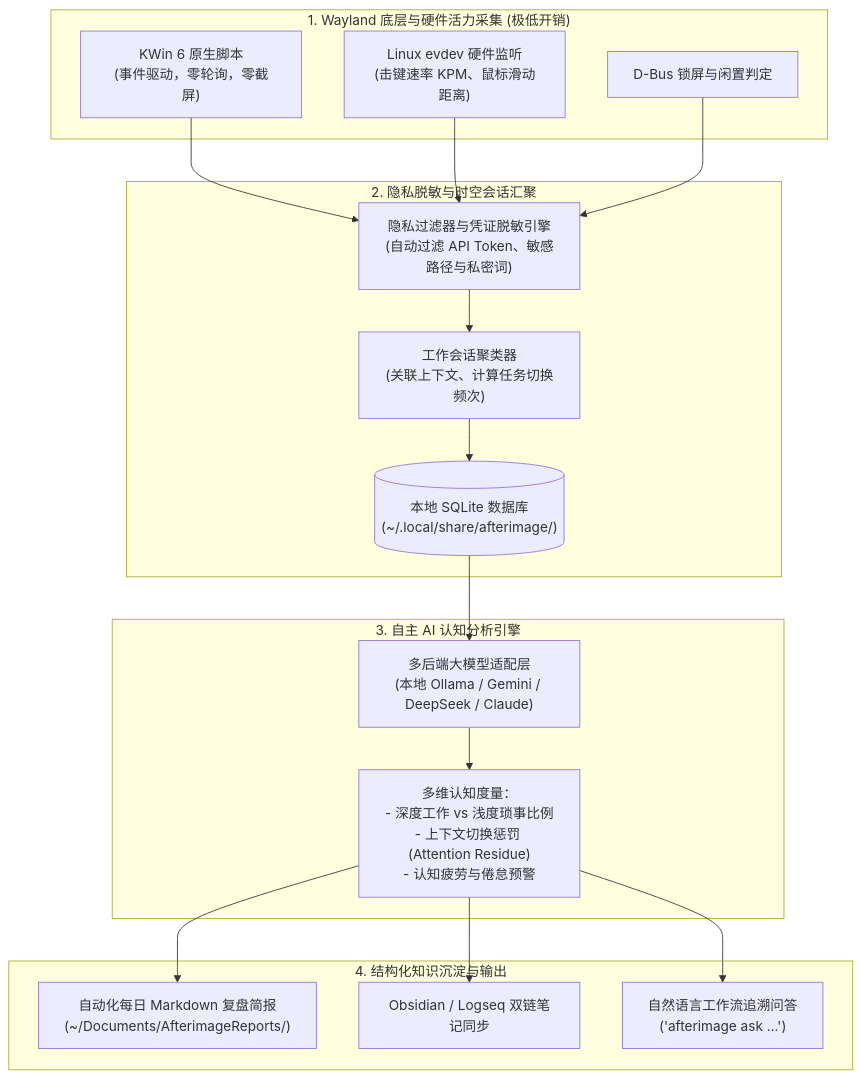
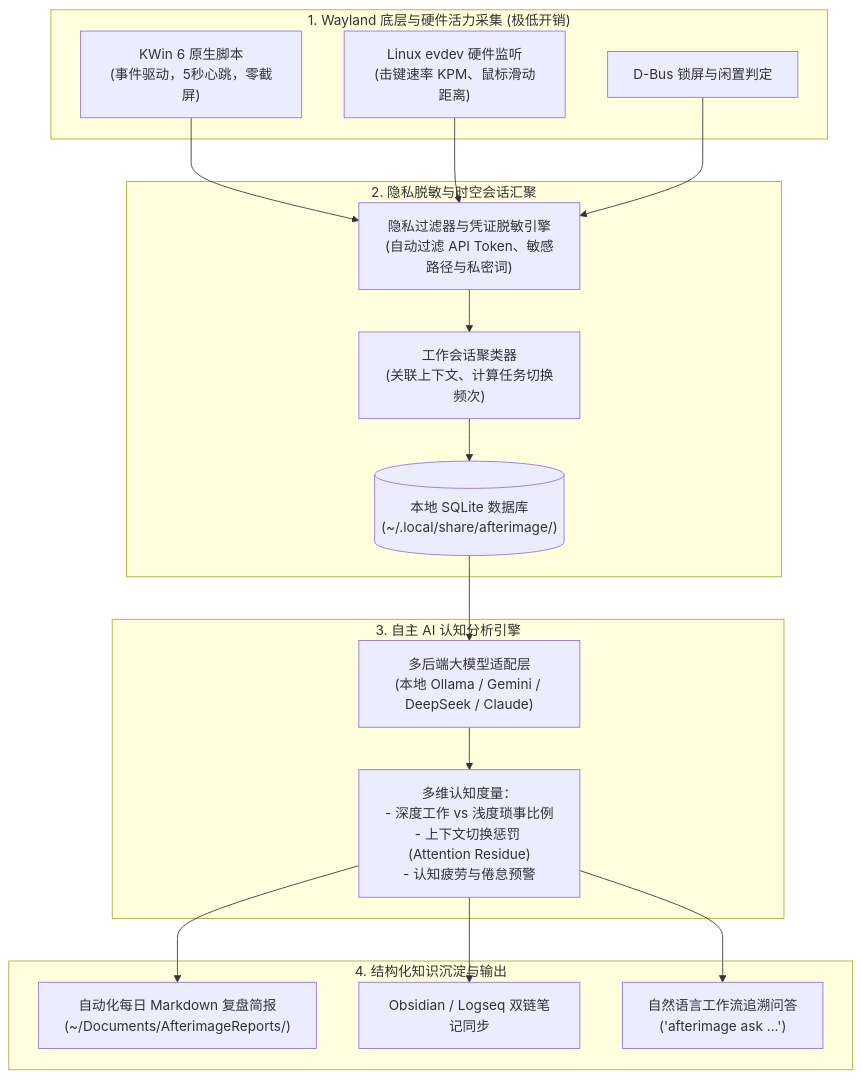
The diagram in README_zh.md (lyf266/Afterimage), drawn with Mermaid before and after one commit. The commit also changed other lines of this file and 1 other file, not shown here.

````diff
--- a/README_zh.md
+++ b/README_zh.md
@@ -18,34 +18,34 @@
 ```mermaid
 flowchart TD
     subgraph Capture["1. Wayland 底层与硬件活力采集 (极低开销)"]
-        KWin["KWin 6 原生脚本<br/>(事件驱动，零轮询，零截屏)"]
+        KWin["KWin 6 原生脚本<br/>(事件驱动，5秒心跳，零截屏)"]
         Input["Linux evdev 硬件监听<br/>(击键速率 KPM、鼠标滑动距离)"]
         Dbus["D-Bus 锁屏与闲置判定"]
     end
 
     subgraph Aggregation["2. 隐私脱敏与时空会话汇聚"]
         Filter["隐私过滤器与凭证脱敏引擎<br/>(自动过滤 API Token、敏感路径与私密词)"]
         Sessions["工作会话聚类器<br/>(关联上下文、计算任务切换频次)"]
         DB[("本地 SQLite 数据库<br/>(~/.local/share/afterimage/)")]
     end
 
     subgraph AI["3. 自主 AI 认知分析引擎"]
         Engine["多后端大模型适配层<br/>(本地 Ollama / Gemini / DeepSeek / Claude)"]
         Cognitive["多维认知度量：<br/>- 深度工作 vs 浅度琐事比例<br/>- 上下文切换惩罚 (Attention Residue)<br/>- 认知疲劳与倦怠预警"]
     end
 
     subgraph Output["4. 结构化知识沉淀与输出"]
         MD["自动化每日 Markdown 复盘简报<br/>(~/Documents/AfterimageReports/)"]
         Obsidian["Obsidian / Logseq 双链笔记同步"]
         CLI["自然语言工作流追溯问答<br/>('afterimage ask ...')"]
     end
 
     KWin --> Filter
     Input --> Filter
     Dbus --> Filter
     Filter --> Sessions --> DB
     DB --> Engine --> Cognitive
     Cognitive --> MD
     Cognitive --> Obsidian
     Cognitive --> CLI
 ```
````
